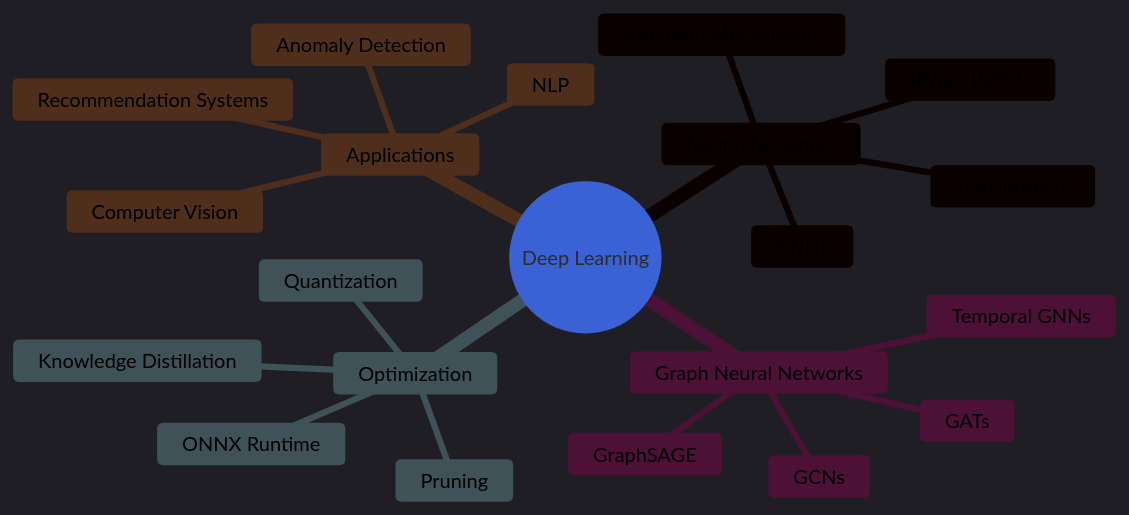
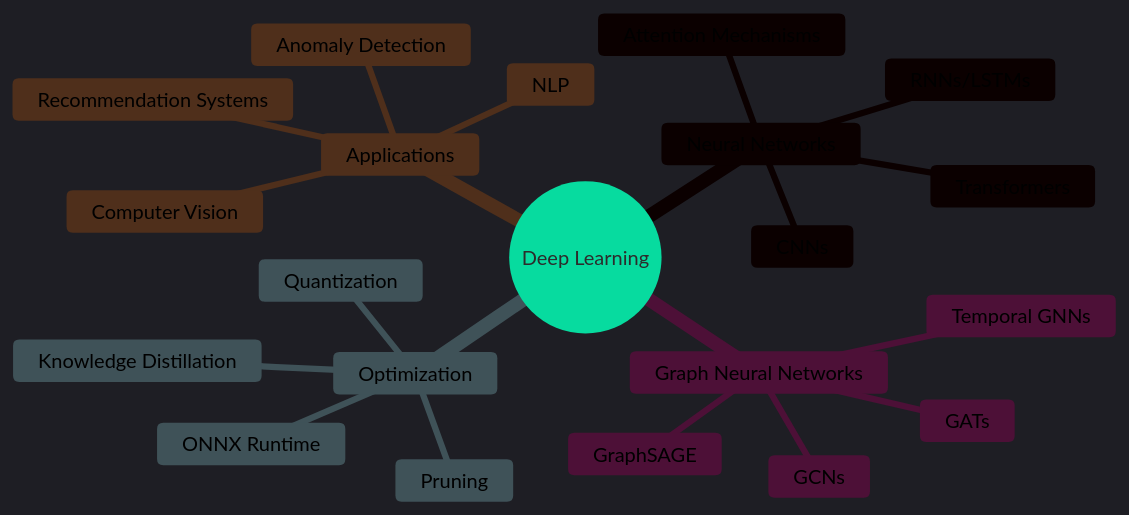
One commit to Abransh/Abransh changed the diagram in README.md. Above: the diagram before and after it, drawn with Mermaid. The commit also changed other lines of this file, not shown here.

Commit message:
Change mermaid theme variables in README
Updated the theme variables for the mermaid diagram in the learning section.

````diff
--- a/README.md
+++ b/README.md
@@ -245,25 +246,25 @@
 ```mermaid
-%%{init: {'theme':'dark', 'themeVariables': { 'darkMode':'true', 'primaryColor':'#3B82F6', 'primaryTextColor':'#fff', 'primaryBorderColor':'#60A5FA', 'lineColor':'#93C5FD', 'secondaryColor':'#1E3A8A', 'tertiaryColor':'#1E40AF'}}}%%
+%%{init: {'theme':'dark', 'themeVariables': { 'darkMode':'true', 'primaryColor':'#10B981', 'primaryTextColor':'#fff', 'primaryBorderColor':'#34D399', 'lineColor':'#6EE7B7', 'secondaryColor':'#047857', 'tertiaryColor':'#059669'}}}%%
 mindmap
   root((Deep Learning))
     Neural Networks
       CNNs
       RNNs/LSTMs
       Transformers
       Attention Mechanisms
     Graph Neural Networks
       GCNs
       GATs
       GraphSAGE
       Temporal GNNs
     Optimization
       Quantization
       Pruning
       Knowledge Distillation
       ONNX Runtime
     Applications
       Computer Vision
       NLP
       Recommendation Systems
       Anomaly Detection
 ```
````
